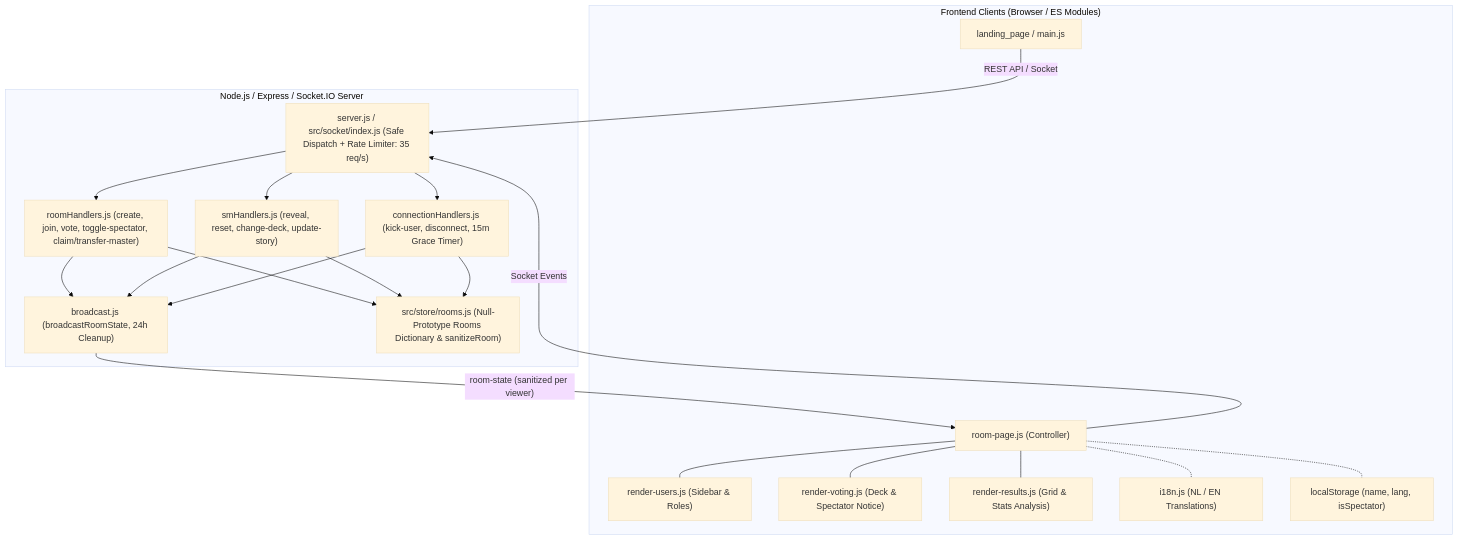
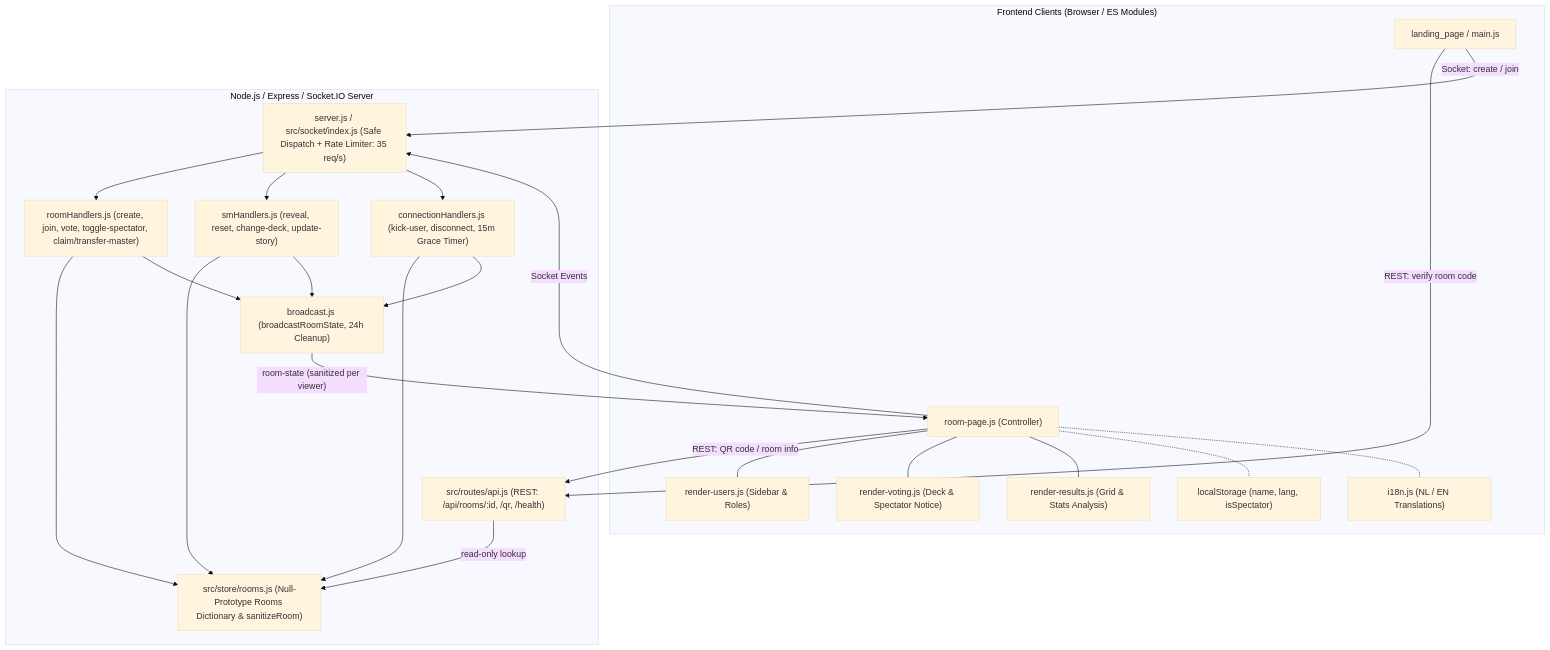
Before and after one commit to Stuxles/scrum-tools: the diagram in docs/wiki/index.md, drawn with Mermaid (base theme). The commit also changed 3 other files, not shown here.

First line of the commit message:
docs: fix diagram inaccuracies across the wiki

````diff
--- a/docs/wiki/index.md
+++ b/docs/wiki/index.md
@@ -24,31 +24,35 @@
 ```mermaid
 graph TD
     subgraph Clients["Frontend Clients (Browser / ES Modules)"]
         Landing["landing_page / main.js"]
         RoomUI["room-page.js (Controller)"]
         RenderUsers["render-users.js (Sidebar & Roles)"]
         RenderVoting["render-voting.js (Deck & Spectator Notice)"]
         RenderResults["render-results.js (Grid & Stats Analysis)"]
         I18n["i18n.js (NL / EN Translations)"]
         LocalStore["localStorage (name, lang, isSpectator)"]
     end
 
     subgraph Backend["Node.js / Express / Socket.IO Server"]
+        RestApi["src/routes/api.js (REST: /api/rooms/:id, /qr, /health)"]
         ServerEntry["server.js / src/socket/index.js (Safe Dispatch + Rate Limiter: 35 req/s)"]
         RoomHandlers["roomHandlers.js (create, join, vote, toggle-spectator, claim/transfer-master)"]
         SMHandlers["smHandlers.js (reveal, reset, change-deck, update-story)"]
         ConnHandlers["connectionHandlers.js (kick-user, disconnect, 15m Grace Timer)"]
         Broadcast["broadcast.js (broadcastRoomState, 24h Cleanup)"]
         RoomsStore["src/store/rooms.js (Null-Prototype Rooms Dictionary & sanitizeRoom)"]
     end
 
-    Landing -->|"REST API / Socket"| ServerEntry
+    Landing -->|"REST: verify room code"| RestApi
+    Landing -->|"Socket: create / join"| ServerEntry
+    RoomUI -->|"REST: QR code / room info"| RestApi
     RoomUI -->|"Socket Events"| ServerEntry
     RoomUI --- RenderUsers & RenderVoting & RenderResults
     RoomUI -.- LocalStore & I18n
 
+    RestApi -->|"read-only lookup"| RoomsStore
     ServerEntry --> RoomHandlers & SMHandlers & ConnHandlers
     RoomHandlers & SMHandlers & ConnHandlers --> RoomsStore
     RoomHandlers & SMHandlers & ConnHandlers --> Broadcast
     Broadcast -->|"room-state (sanitized per viewer)"| RoomUI
 ```
````
